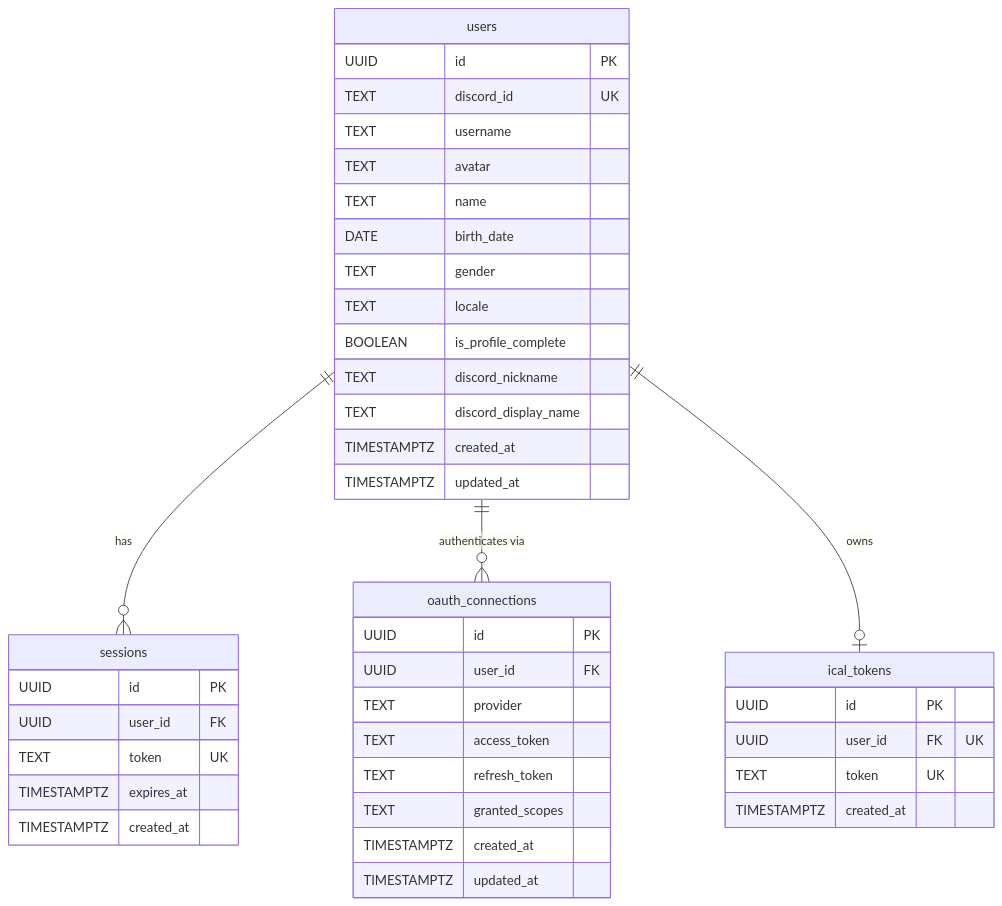
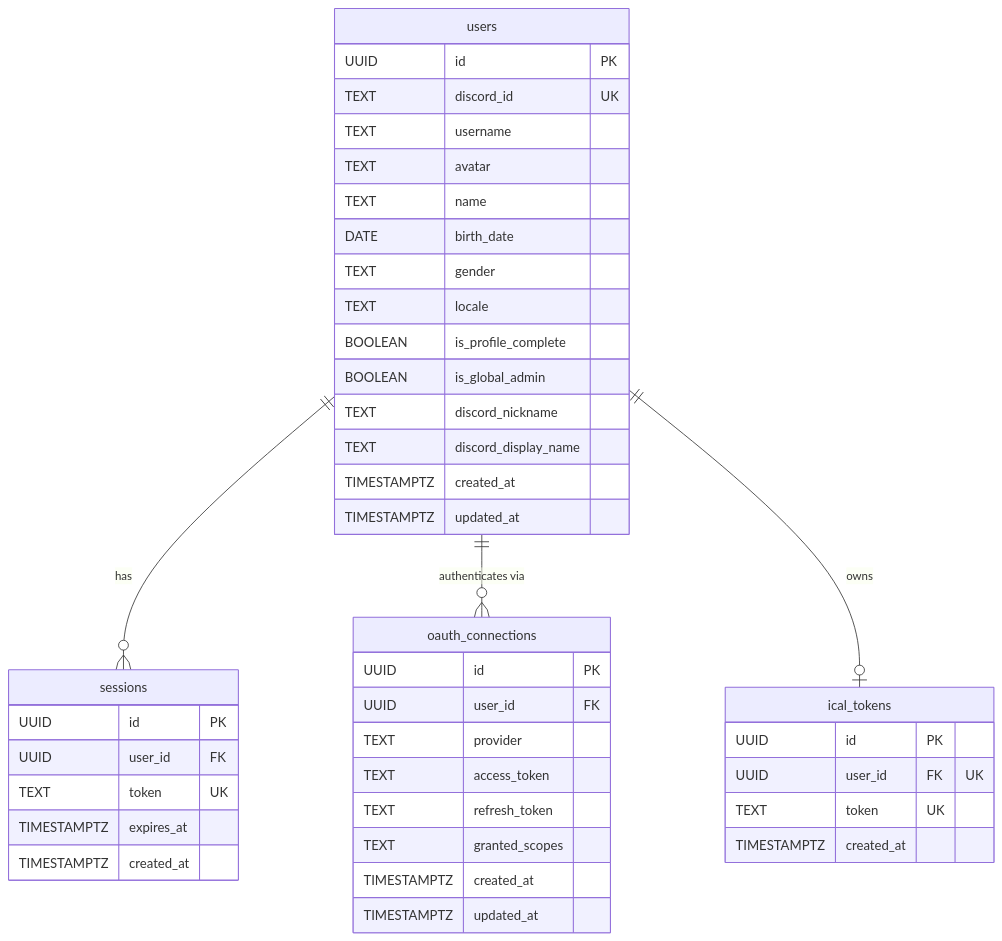
Before and after one commit to maxa-ondrej/sideline: the second of 16 diagrams in docs/thesis/er-diagram.md, drawn with Mermaid. The commit also changed 20 other files, not shown here.

First line of the commit message:
feat: bootstrap first registered user as global admin

````diff
--- a/docs/thesis/er-diagram.md
+++ b/docs/thesis/er-diagram.md
@@ -128,48 +128,49 @@
 ```mermaid
 erDiagram
     users {
         UUID id PK
         TEXT discord_id UK
         TEXT username
         TEXT avatar
         TEXT name
         DATE birth_date
         TEXT gender
         TEXT locale
         BOOLEAN is_profile_complete
+        BOOLEAN is_global_admin
         TEXT discord_nickname
         TEXT discord_display_name
         TIMESTAMPTZ created_at
         TIMESTAMPTZ updated_at
     }
 
     sessions {
         UUID id PK
         UUID user_id FK
         TEXT token UK
         TIMESTAMPTZ expires_at
         TIMESTAMPTZ created_at
     }
 
     oauth_connections {
         UUID id PK
         UUID user_id FK
         TEXT provider
         TEXT access_token
         TEXT refresh_token
         TEXT granted_scopes
         TIMESTAMPTZ created_at
         TIMESTAMPTZ updated_at
     }
 
     ical_tokens {
         UUID id PK
         UUID user_id FK "UK"
         TEXT token UK
         TIMESTAMPTZ created_at
     }
 
     users ||--o{ sessions : "has"
     users ||--o{ oauth_connections : "authenticates via"
     users ||--o| ical_tokens : "owns"
 ```
````
